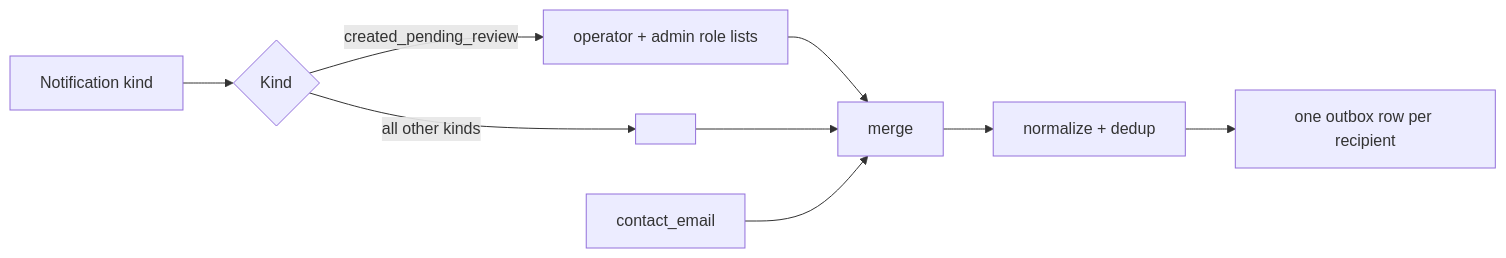
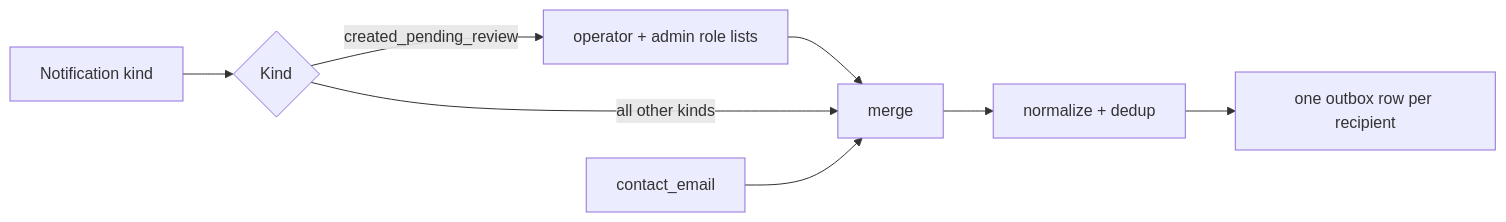
The fifth of 6 diagrams in docs/notifications/architecture.md (stackmon/status-dashboard-v3), drawn with Mermaid before and after one commit. The commit also changed other lines of this file, not shown here.

Commit message:
fix: correct indentation and flowchart logic in architecture documentation

````diff
--- a/docs/notifications/architecture.md
+++ b/docs/notifications/architecture.md
@@ -313,10 +313,9 @@
 ```mermaid
 flowchart LR
     K[Notification kind] --> R{Kind}
     R -->|created_pending_review| A[operator + admin role lists]
-    R -->|all other kinds| B[ ]
     A --> M[merge]
-    B --> M
+    R -->|all other kinds| M
     CE[contact_email] --> M
     M --> D[normalize + dedup] --> OUT[one outbox row per recipient]
 ```
````
